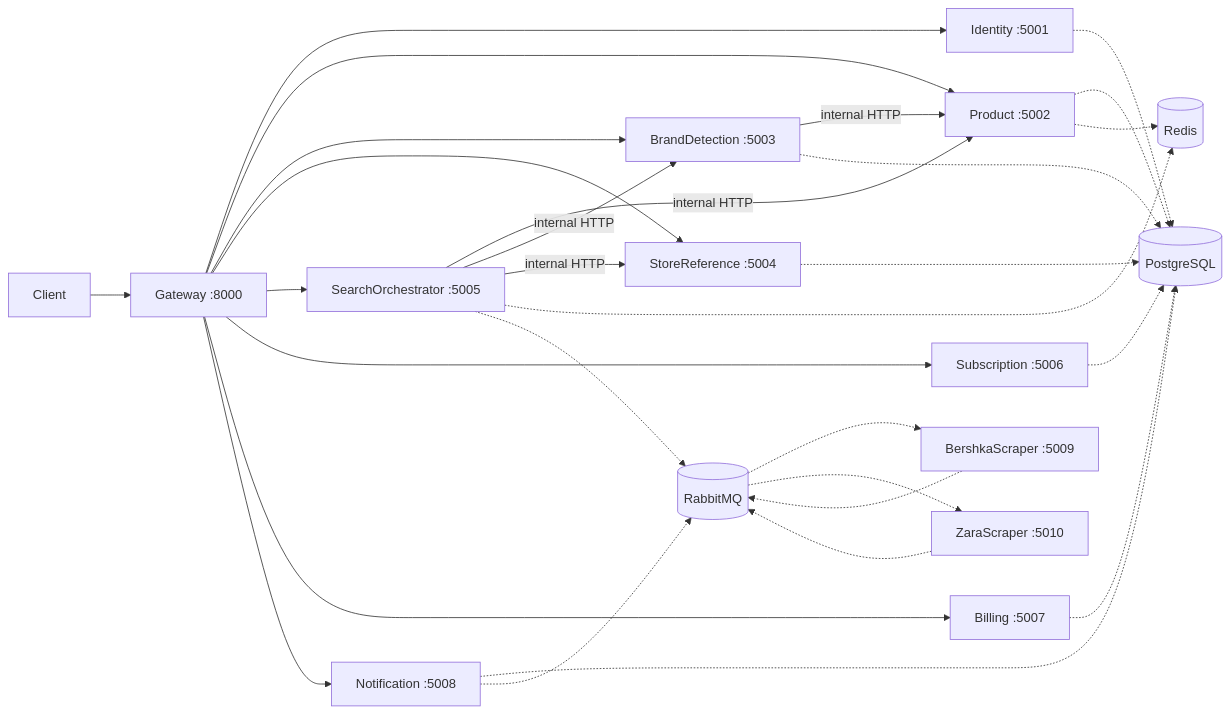
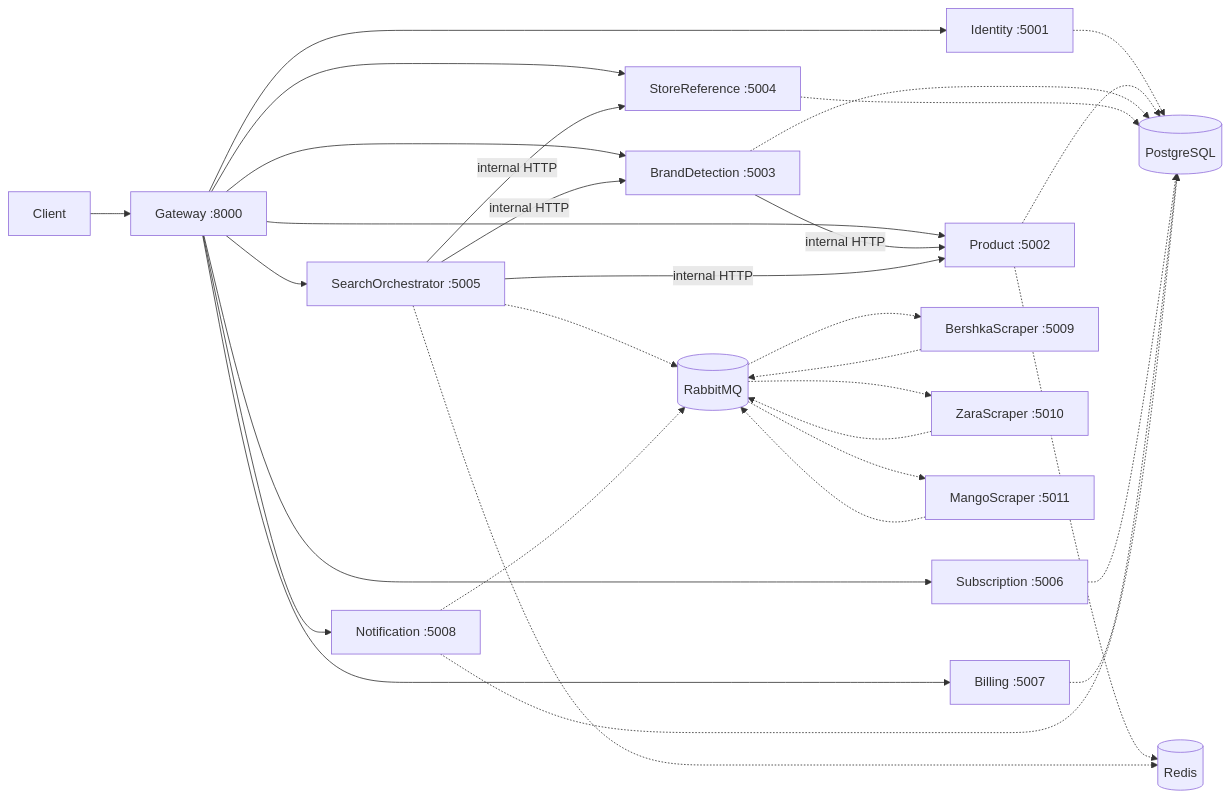
The diagram in README.md (hnbirsen/StockTracker), drawn with Mermaid before and after one commit. The commit also changed other lines of this file and 34 other files, not shown here.

````diff
--- a/README.md
+++ b/README.md
@@ -25,35 +25,37 @@
 ```mermaid
 flowchart LR
     Client[Client] --> Gateway[Gateway :8000]
 
     Gateway --> Identity[Identity :5001]
     Gateway --> Product[Product :5002]
     Gateway --> Brand[BrandDetection :5003]
     Gateway --> Store[StoreReference :5004]
     Gateway --> Search[SearchOrchestrator :5005]
     Gateway --> Subscription[Subscription :5006]
     Gateway --> Billing[Billing :5007]
     Gateway --> Notification[Notification :5008]
 
     Brand -->|internal HTTP| Product
     Search -->|internal HTTP| Product
     Search -->|internal HTTP| Brand
     Search -->|internal HTTP| Store
 
     Identity -.-> PG[(PostgreSQL)]
     Product -.-> PG
     Brand -.-> PG
     Store -.-> PG
     Subscription -.-> PG
     Billing -.-> PG
     Notification -.-> PG
 
     Product -.-> Redis[(Redis)]
     Search -.-> Redis
     Search -.-> MQ[(RabbitMQ)]
     Notification -.-> MQ
     MQ -.-> Scraper[BershkaScraper :5009]
     Scraper -.-> MQ
     MQ -.-> ZaraScraper[ZaraScraper :5010]
     ZaraScraper -.-> MQ
+    MQ -.-> MangoScraper[MangoScraper :5011]
+    MangoScraper -.-> MQ
 ```
````
